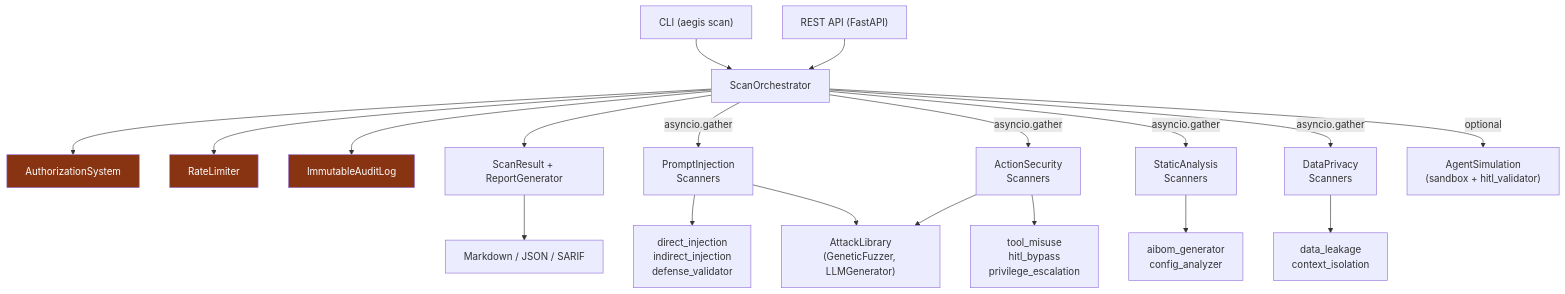
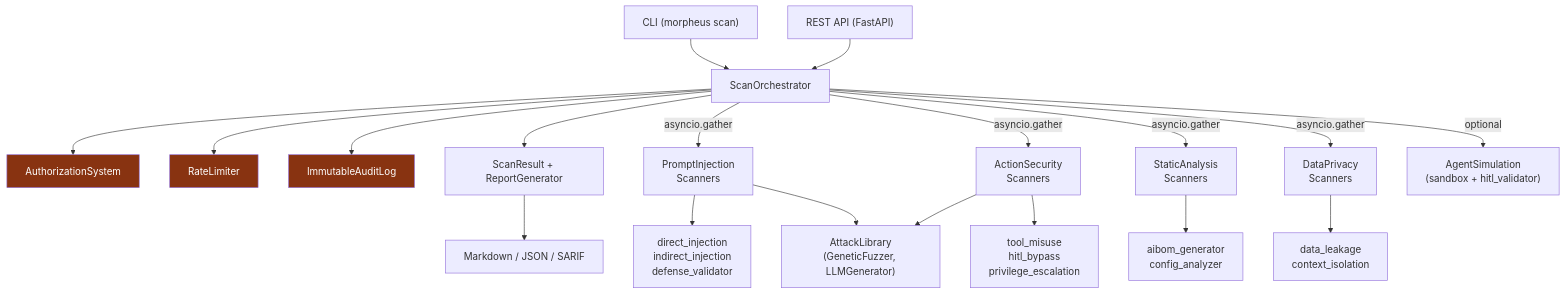
One commit to orchestrator-dev/aegis changed the diagram in docs/architecture.md. Above: the diagram before and after it, drawn with Mermaid. The commit also changed other lines of this file and 91 other files, not shown here.

Commit message:
chore: Rename project from Aegis to Morpheus

````diff
--- a/docs/architecture.md
+++ b/docs/architecture.md
@@ -3,29 +3,29 @@
 ```mermaid
 graph TD
-    CLI["CLI (aegis scan)"] --> ORC["ScanOrchestrator"]
+    CLI["CLI (morpheus scan)"] --> ORC["ScanOrchestrator"]
     API["REST API (FastAPI)"] --> ORC
 
     ORC --> AUTH["AuthorizationSystem"]
     ORC --> RL["RateLimiter"]
     ORC --> AUDIT["ImmutableAuditLog"]
     ORC --> SR["ScanResult + ReportGenerator"]
 
     ORC -->|asyncio.gather| S1["PromptInjection\nScanners"]
     ORC -->|asyncio.gather| S2["ActionSecurity\nScanners"]
     ORC -->|asyncio.gather| S3["StaticAnalysis\nScanners"]
     ORC -->|asyncio.gather| S4["DataPrivacy\nScanners"]
 
     S1 --> PI["direct_injection\nindirect_injection\ndefense_validator"]
     S2 --> AS["tool_misuse\nhitl_bypass\nprivilege_escalation"]
     S3 --> SA["aibom_generator\nconfig_analyzer"]
     S4 --> DP["data_leakage\ncontext_isolation"]
 
     ORC -->|optional| SIM["AgentSimulation\n(sandbox + hitl_validator)"]
 
     S1 & S2 --> ATK["AttackLibrary\n(GeneticFuzzer, LLMGenerator)"]
 
     SR --> RPT["Markdown / JSON / SARIF"]
 
     classDef security fill:#831,color:#fff
     class AUTH,RL,AUDIT security
 ```
````
